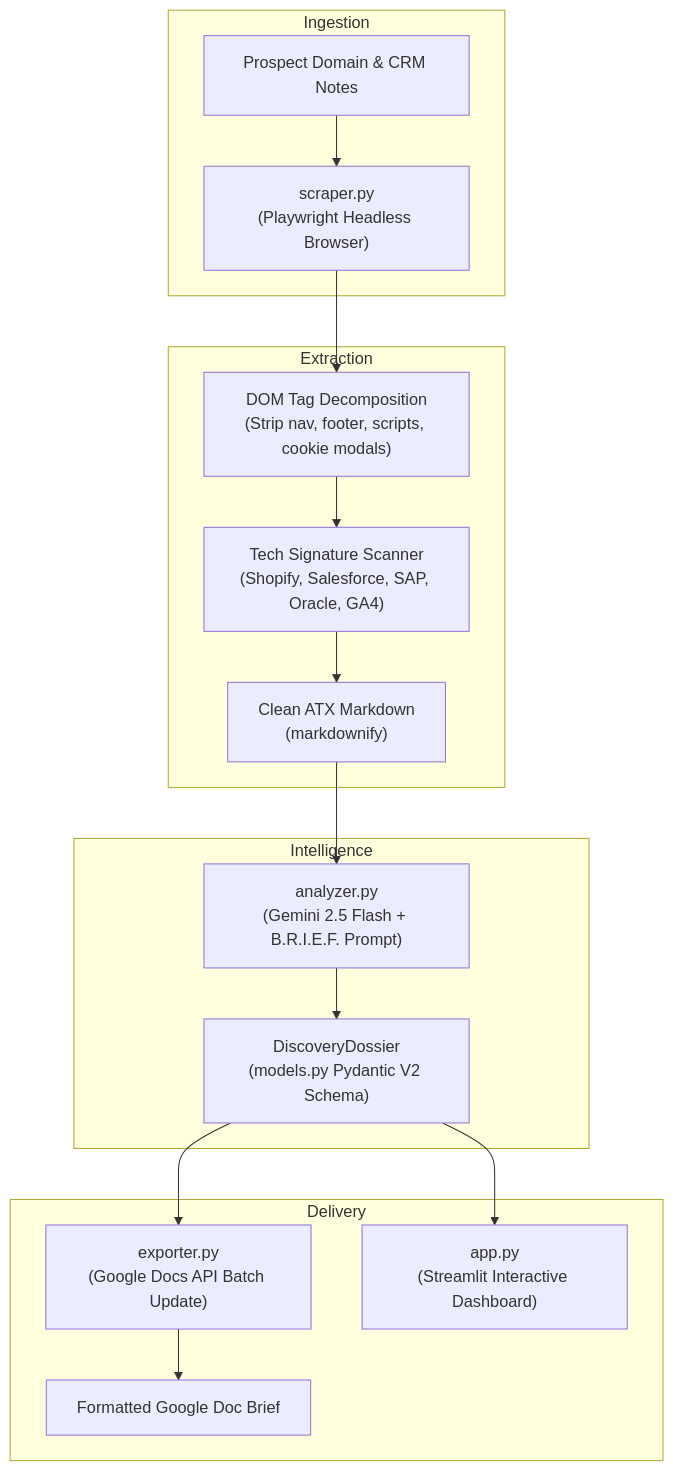
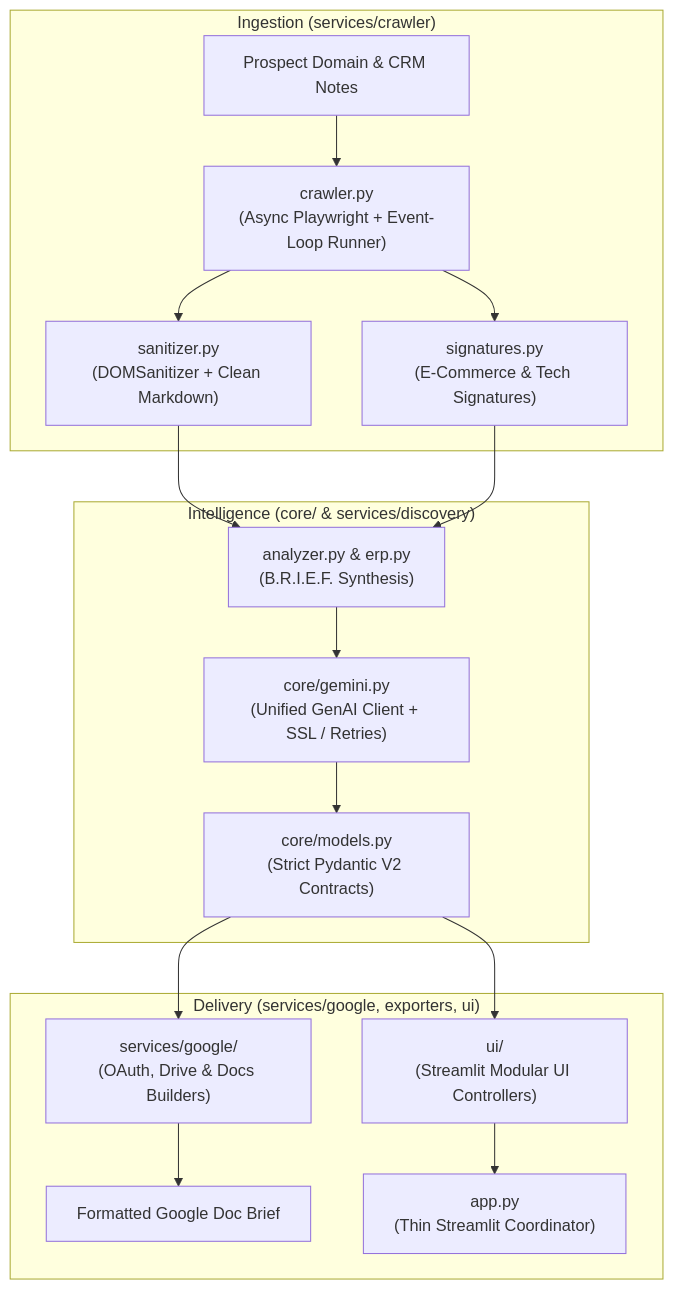
Before and after one commit to mmxco/retail-discovery-agent: the first of 2 diagrams in README.md, drawn with Mermaid. The commit also changed other lines of this file, not shown here.

Commit message:
docs: update README with modular architecture, directory tree, and test suite

````diff
--- a/README.md
+++ b/README.md
@@ -19,23 +20,22 @@
 ```mermaid
 flowchart TD
-    subgraph Ingestion
-        A["Prospect Domain & CRM Notes"] --> B["scraper.py<br/>(Playwright Headless Browser)"]
+    subgraph Ingestion ["Ingestion (services/crawler)"]
+        A["Prospect Domain & CRM Notes"] --> B["crawler.py<br/>(Async Playwright + Event-Loop Runner)"]
+        B --> C["sanitizer.py<br/>(DOMSanitizer + Clean Markdown)"]
+        B --> D["signatures.py<br/>(E-Commerce & Tech Signatures)"]
     end
 
-    subgraph Extraction
-        B --> C["DOM Tag Decomposition<br/>(Strip nav, footer, scripts, cookie modals)"]
-        C --> D["Tech Signature Scanner<br/>(Shopify, Salesforce, SAP, Oracle, GA4)"]
-        D --> E["Clean ATX Markdown<br/>(markdownify)"]
+    subgraph Intelligence ["Intelligence (core/ & services/discovery)"]
+        C --> E["analyzer.py & erp.py<br/>(B.R.I.E.F. Synthesis)"]
+        D --> E
+        E --> F["core/gemini.py<br/>(Unified GenAI Client + SSL / Retries)"]
+        F --> G["core/models.py<br/>(Strict Pydantic V2 Contracts)"]
     end
 
-    subgraph Intelligence
-        E --> F["analyzer.py<br/>(Gemini 2.5 Flash + B.R.I.E.F. Prompt)"]
-        F --> G["DiscoveryDossier<br/>(models.py Pydantic V2 Schema)"]
-    end
-
-    subgraph Delivery
-        G --> H["exporter.py<br/>(Google Docs API Batch Update)"]
-        G --> I["app.py<br/>(Streamlit Interactive Dashboard)"]
+    subgraph Delivery ["Delivery (services/google, exporters, ui)"]
+        G --> H["services/google/<br/>(OAuth, Drive & Docs Builders)"]
+        G --> I["ui/<br/>(Streamlit Modular UI Controllers)"]
         H --> J["Formatted Google Doc Brief"]
+        I --> K["app.py<br/>(Thin Streamlit Coordinator)"]
     end
 ```
````
